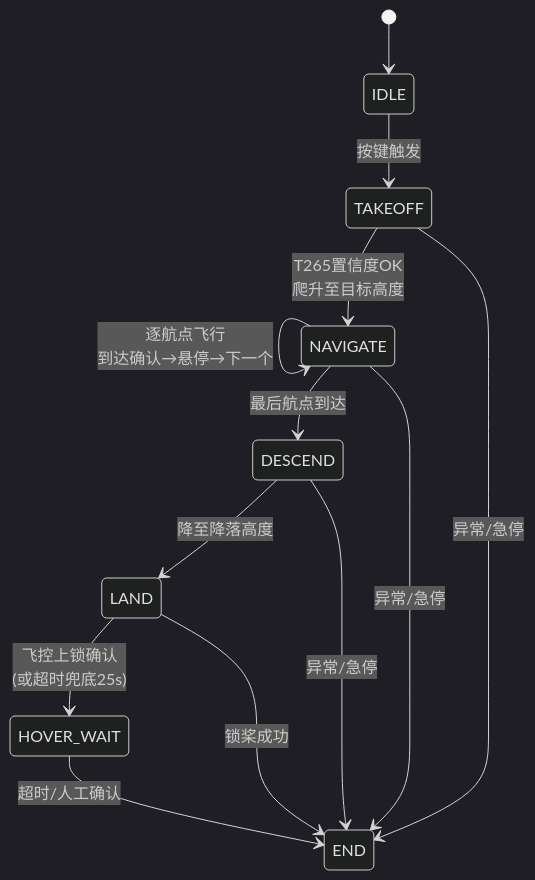
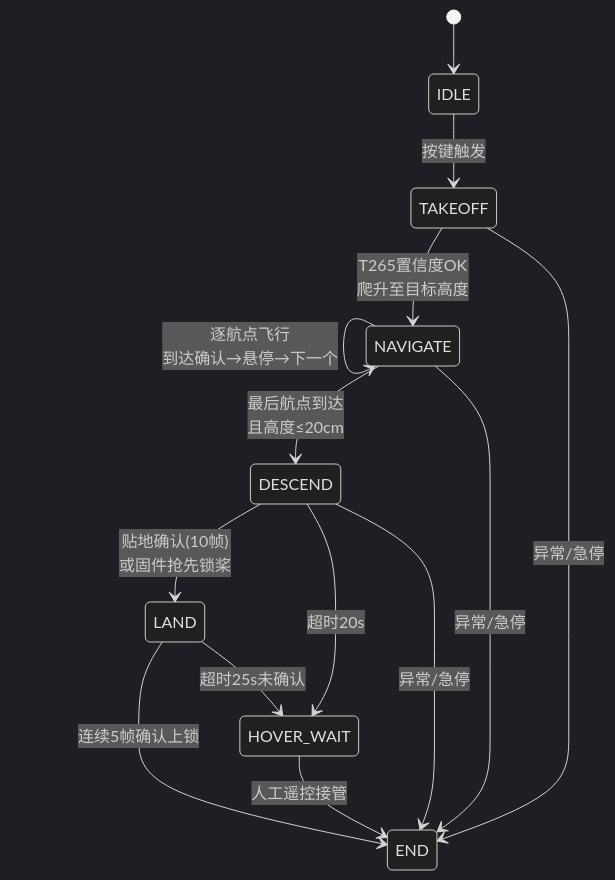
One commit to FDogeLover/AUV changed the diagram in docs/tutorial/docs/07-architecture/state-machine.md. Above: the diagram before and after it, drawn with Mermaid (dark theme). The commit also changed other lines of this file and 15 other files, not shown here.

````diff
--- a/docs/tutorial/docs/07-architecture/state-machine.md
+++ b/docs/tutorial/docs/07-architecture/state-machine.md
@@ -7,15 +7,16 @@
 ```mermaid
 stateDiagram-v2
     [*] --> IDLE
     IDLE --> TAKEOFF: 按键触发
     TAKEOFF --> NAVIGATE: T265置信度OK<br/>爬升至目标高度
     NAVIGATE --> NAVIGATE: 逐航点飞行<br/>到达确认→悬停→下一个
-    NAVIGATE --> DESCEND: 最后航点到达
-    DESCEND --> LAND: 降至降落高度
-    LAND --> HOVER_WAIT: 飞控上锁确认<br/>(或超时兜底25s)
-    HOVER_WAIT --> END: 超时/人工确认
-    LAND --> END: 锁桨成功
+    NAVIGATE --> DESCEND: 最后航点到达<br/>且高度≤20cm
+    DESCEND --> LAND: 贴地确认(10帧)<br/>或固件抢先锁桨
+    DESCEND --> HOVER_WAIT: 超时20s
+    LAND --> END: 连续5帧确认上锁
+    LAND --> HOVER_WAIT: 超时25s未确认
+    HOVER_WAIT --> END: 人工遥控接管
     TAKEOFF --> END: 异常/急停
     NAVIGATE --> END: 异常/急停
     DESCEND --> END: 异常/急停
 ```
````
